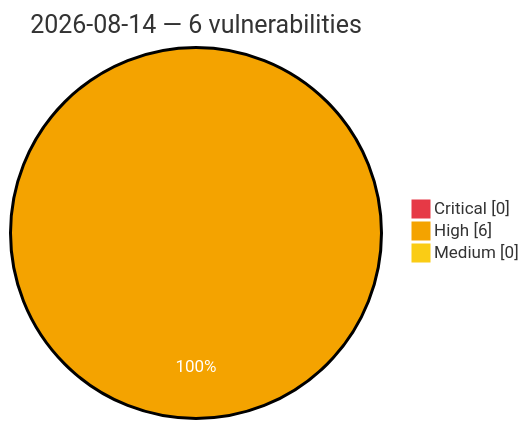
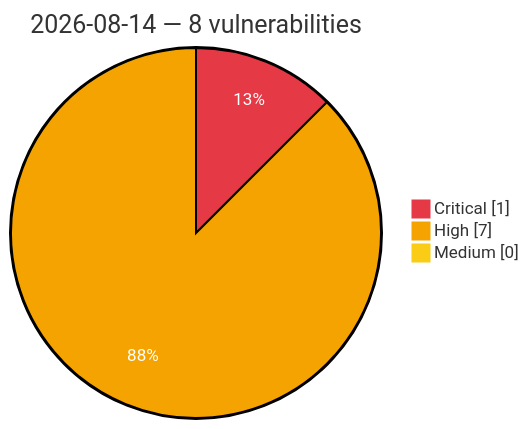
The diagram in vulnerabilities/2026/August/2026-08-14.md (GhostX0X/vuln-tracker), drawn with Mermaid before and after one commit. The commit also changed other lines of this file and 5 other files, not shown here.

Commit message:
Auto update: critical/high vulns (2026-08-14 08:43 UTC)

````diff
--- a/vulnerabilities/2026/August/2026-08-14.md
+++ b/vulnerabilities/2026/August/2026-08-14.md
@@ -3,8 +3,8 @@
 ```mermaid
 %%{init: {'theme':'base', 'themeVariables': {'pie1':'#e63946', 'pie2':'#f4a300', 'pie3':'#facc15', 'pieOpacity':'1', 'pieOuterStrokeWidth':'2px', 'pieSectionTextColor':'#ffffff'}}}%%
 pie showData
-    title 2026-08-14 — 6 vulnerabilities
-    "Critical" : 0
-    "High" : 6
+    title 2026-08-14 — 8 vulnerabilities
+    "Critical" : 1
+    "High" : 7
     "Medium" : 0
 ```
````
